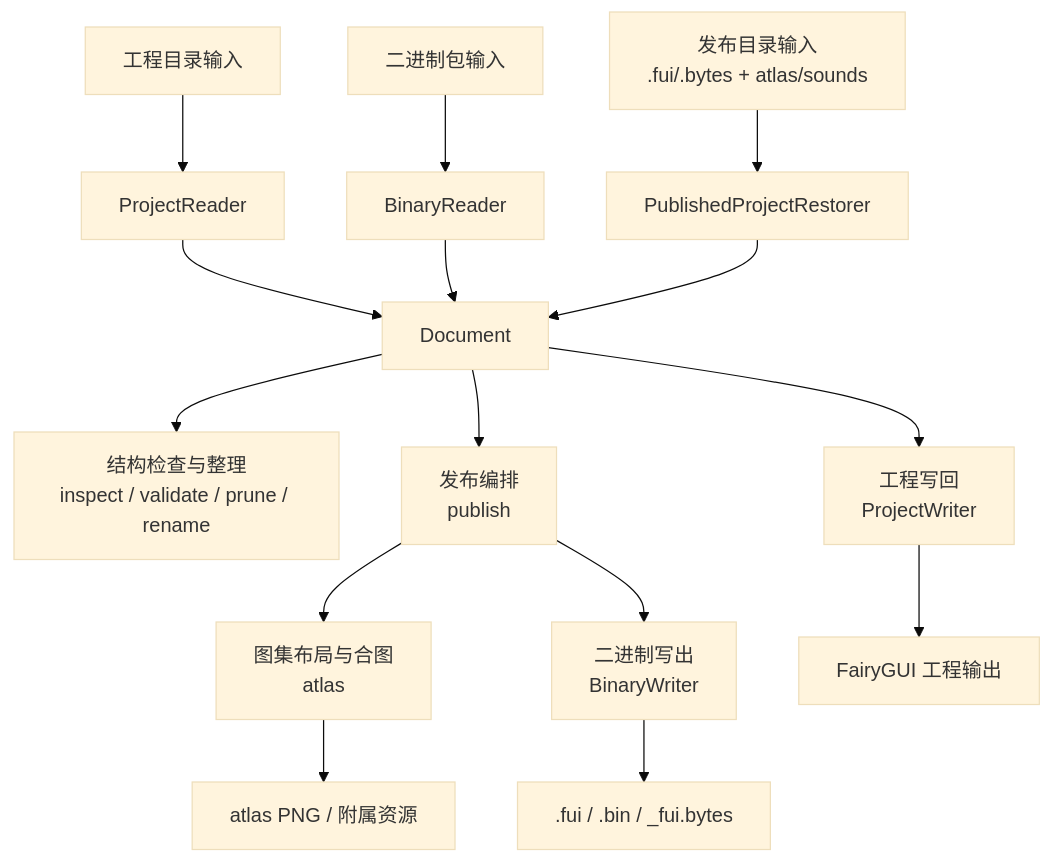
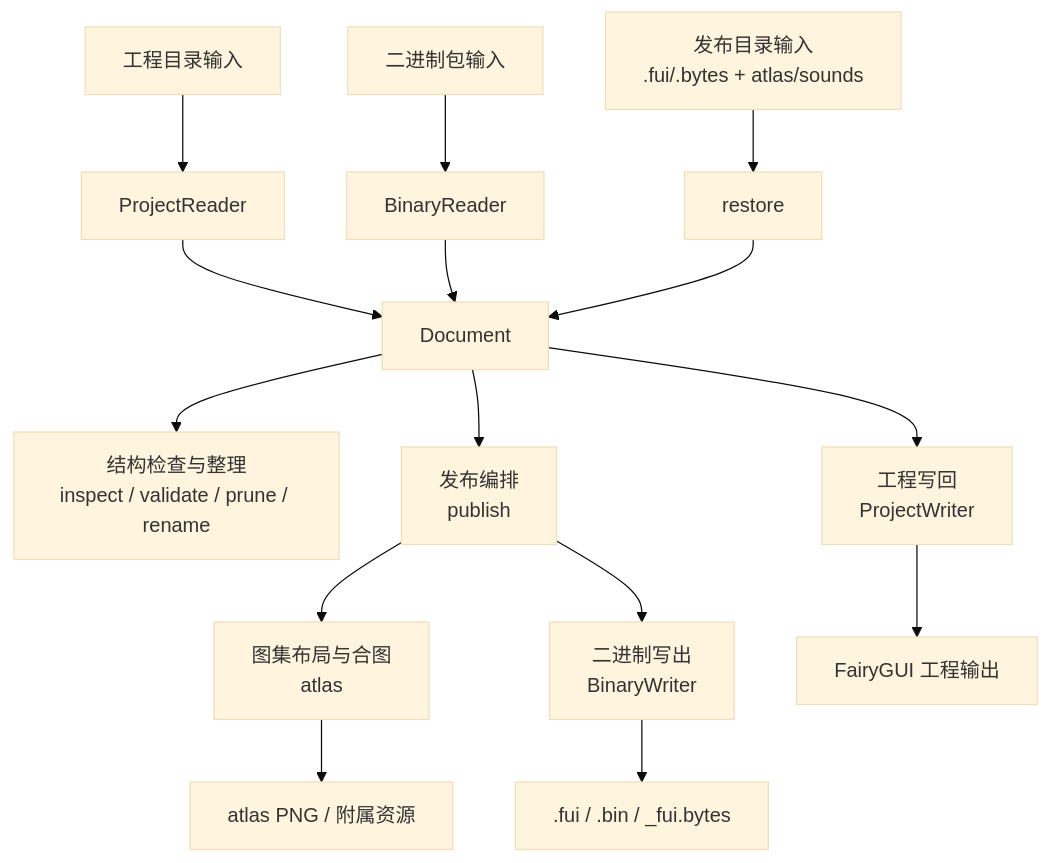
One commit to OpenFairyGUI/OpenFairyGUI changed the second of 2 diagrams in docs/architecture-overview.md. Above: the diagram before and after it, drawn with Mermaid (base theme). The commit also changed other lines of this file and 9 other files, not shown here.

First line of the commit message:
test: add comprehensive tests for restore functionality in published projects

````diff
--- a/docs/architecture-overview.md
+++ b/docs/architecture-overview.md
@@ -187,17 +190,17 @@
 ```mermaid
 flowchart TD
     A["工程目录输入"] --> B["ProjectReader"]
     X["二进制包输入"] --> Y["BinaryReader"]
-    R["发布目录输入<br/>.fui/.bytes + atlas/sounds"] --> S["PublishedProjectRestorer"]
+    R["发布目录输入<br/>.fui/.bytes + atlas/sounds"] --> S["restore"]
     B --> C["Document"]
     Y --> C
     S --> C
     C --> D["结构检查与整理<br/>inspect / validate / prune / rename"]
     C --> E["发布编排<br/>publish"]
     C --> F["工程写回<br/>ProjectWriter"]
     E --> G["图集布局与合图<br/>atlas"]
     E --> H["二进制写出<br/>BinaryWriter"]
     F --> I["FairyGUI 工程输出"]
     G --> J["atlas PNG / 附属资源"]
     H --> K[".fui / .bin / _fui.bytes"]
 ```
````
